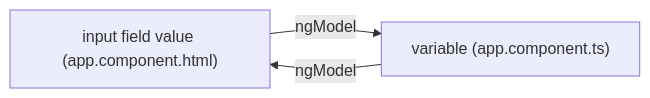
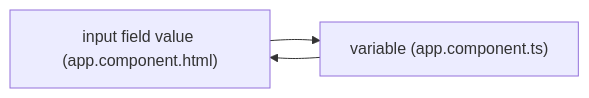
One commit to andermoran/AngularAdvice changed the second of 2 diagrams in README.md. Above: the diagram before and after it, drawn with Mermaid. The commit also changed other lines of this file, not shown here.

````diff
--- a/README.md
+++ b/README.md
@@ -103,5 +103,5 @@
 ```mermaid
 graph LR
-html["input field value (app.component.html)"] -- ngModel --> ts["variable (app.component.ts)"]
-ts["variable (app.component.ts)"] -- ngModel --> html["input field value (app.component.html)"]
+html["input field value (app.component.html)"] --> ts["variable (app.component.ts)"]
+ts["variable (app.component.ts)"] --> html["input field value (app.component.html)"]
 ```
````
